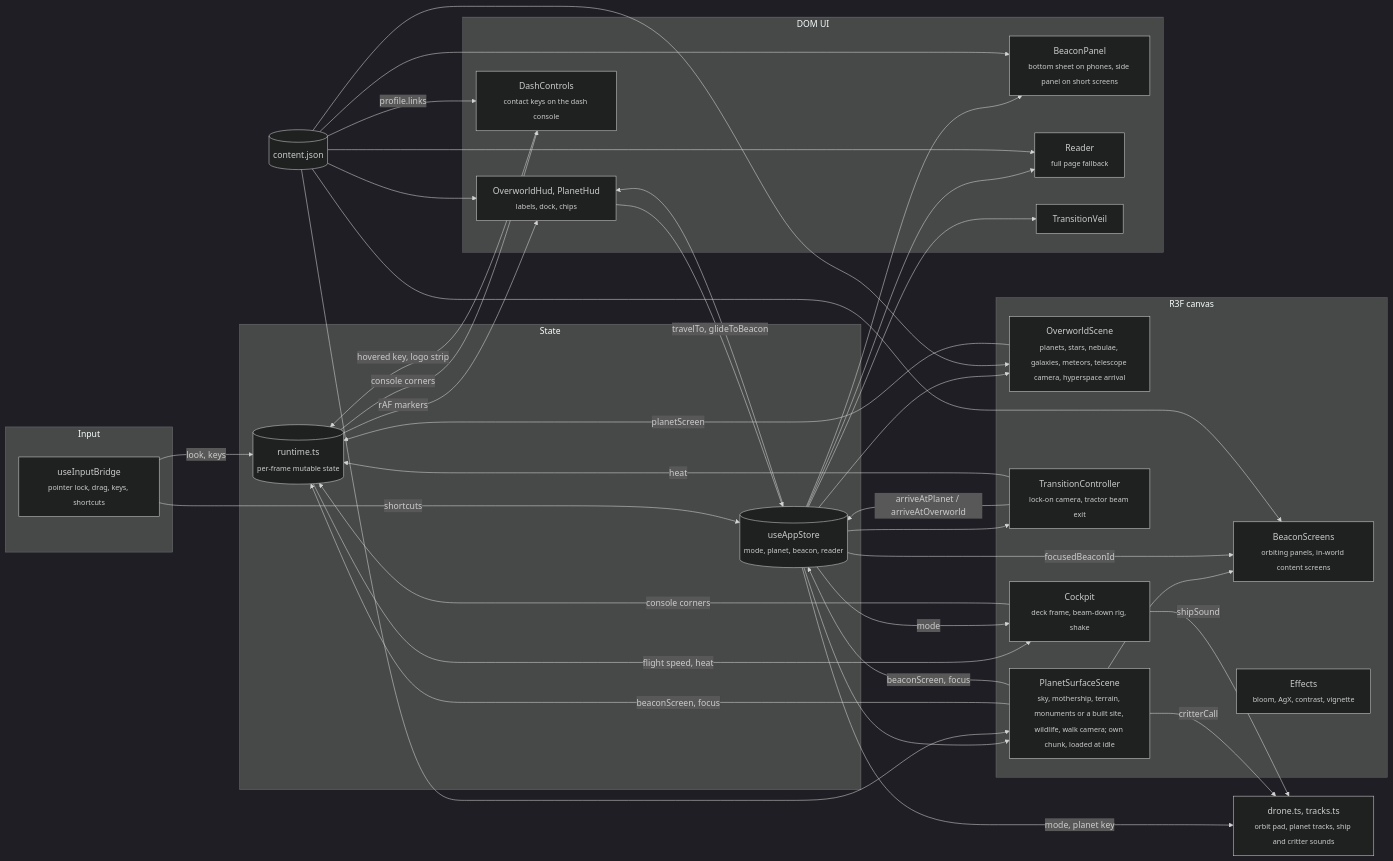
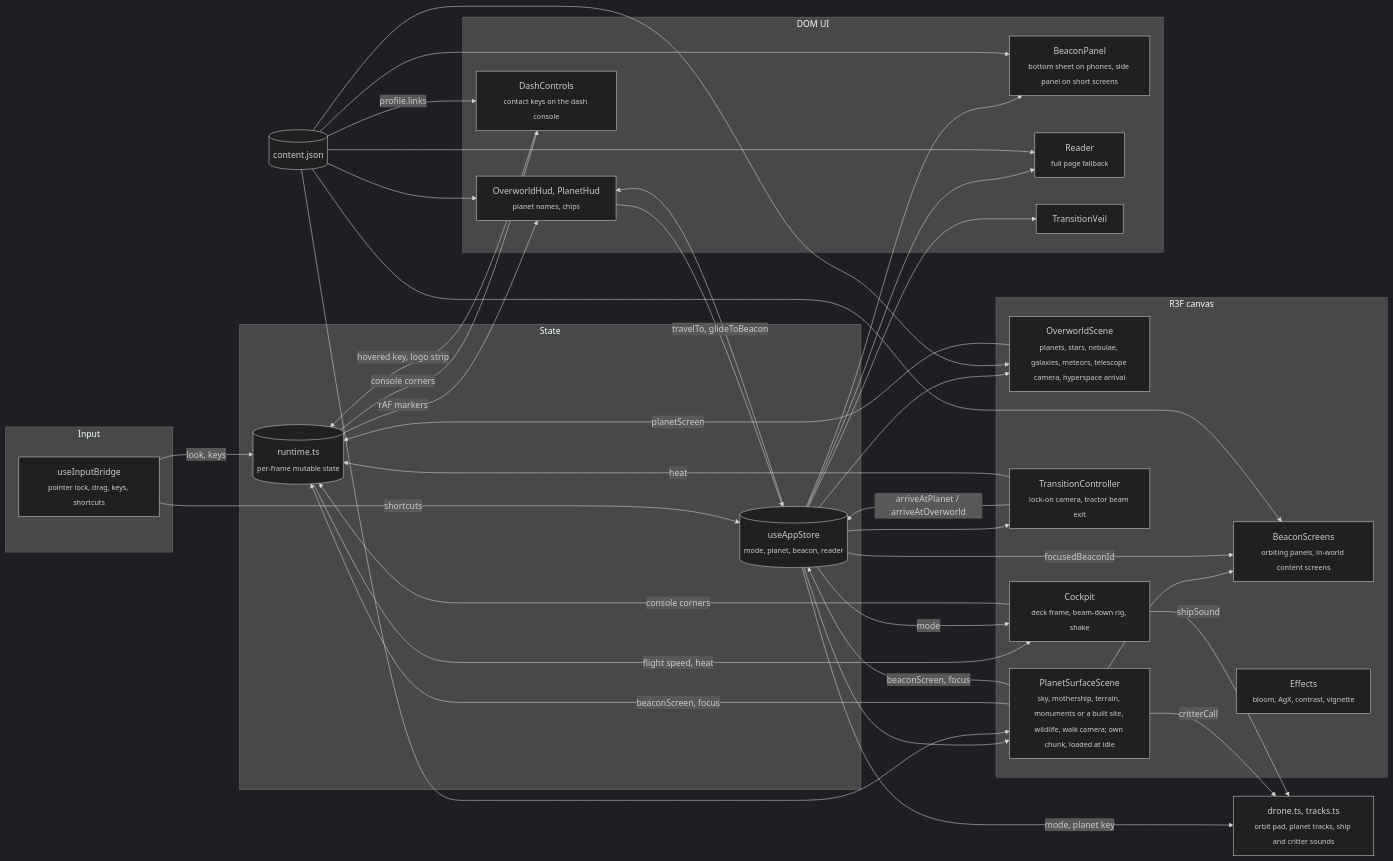
The first of 2 diagrams in README.md (teddycitrus/portfolio), drawn with Mermaid (dark theme) before and after one commit. The commit also changed other lines of this file and 5 other files, not shown here.

Commit message:
removed planet dock, made planet names focusable and always shown

````diff
--- a/README.md
+++ b/README.md
@@ -19,49 +19,49 @@
 ```mermaid
 flowchart LR
   subgraph Input
     bridge["useInputBridge<br/><sub>pointer lock, drag, keys, shortcuts</sub>"]
   end
   subgraph State
     store[("useAppStore<br/><sub>mode, planet, beacon, reader</sub>")]
     runtime[("runtime.ts<br/><sub>per-frame mutable state</sub>")]
   end
   subgraph Canvas["R3F canvas"]
     overworld["OverworldScene<br/><sub>planets, stars, nebulae, galaxies, meteors, telescope camera, hyperspace arrival</sub>"]
     surface["PlanetSurfaceScene<br/><sub>sky, mothership, terrain, monuments or a built site, wildlife, walk camera; own chunk, loaded at idle</sub>"]
     screens["BeaconScreens<br/><sub>orbiting panels, in-world content screens</sub>"]
     transition["TransitionController<br/><sub>lock-on camera, tractor beam exit</sub>"]
     ship["Cockpit<br/><sub>deck frame, beam-down rig, shake</sub>"]
     fx["Effects<br/><sub>bloom, AgX, contrast, vignette</sub>"]
   end
   subgraph DOM["DOM UI"]
-    hud["OverworldHud, PlanetHud<br/><sub>labels, dock, chips</sub>"]
+    hud["OverworldHud, PlanetHud<br/><sub>planet names, chips</sub>"]
     contact["DashControls<br/><sub>contact keys on the dash console</sub>"]
     panel["BeaconPanel<br/><sub>bottom sheet on phones, side panel on short screens</sub>"]
     reader["Reader<br/><sub>full page fallback</sub>"]
     veil["TransitionVeil"]
   end
   content[("content.json")]
   drone["drone.ts, tracks.ts<br/><sub>orbit pad, planet tracks, ship and critter sounds</sub>"]
 
   bridge -->|"look, keys"| runtime
   bridge -->|"shortcuts"| store
   store --> overworld & surface & transition & hud & panel & reader & veil
   overworld -->|"planetScreen"| runtime
   surface -->|"beaconScreen, focus"| runtime & store
   runtime -->|"rAF markers"| hud
   surface --> screens
   surface -->|"critterCall"| drone
   store -->|"focusedBeaconId"| screens
   store -->|"mode, planet key"| drone
   content --> overworld & surface & hud & panel & reader & screens
   hud -->|"travelTo, glideToBeacon"| store
   transition -->|"arriveAtPlanet / arriveAtOverworld"| store
   transition -->|"heat"| runtime
   runtime -->|"flight speed, heat"| ship
   store -->|"mode"| ship
   ship -->|"shipSound"| drone
   ship -->|"console corners"| runtime
   runtime -->|"console corners"| contact
   contact -->|"hovered key, logo strip"| runtime
   content -->|"profile.links"| contact
 ```
````
